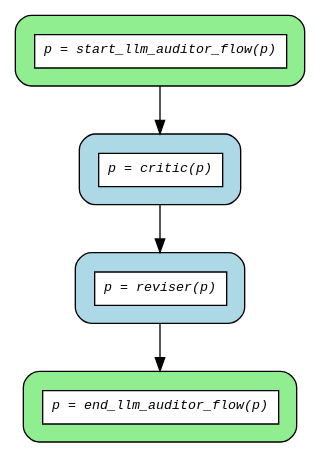
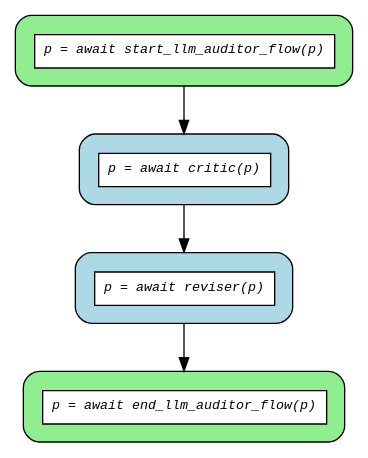
Before and after one commit to deliveryhero/asya: the diagram in examples/flows/compiled/async_sequential/flow.dot, drawn with Graphviz. The commit also changed 10 other files, not shown here.

First line of the commit message:
fix(flow): show await in diagram labels, descriptive errors for unsupported expressions

```diff
--- a/examples/flows/compiled/async_sequential/flow.dot
+++ b/examples/flows/compiled/async_sequential/flow.dot
@@ -1,15 +1,15 @@
 digraph flow {
   rankdir=TB;
   graph [fontname="Courier", fontsize=10];
   node [fontname="Courier", fontsize=10, shape=box, style="filled,rounded", margin="0.2"];
   edge [fontname="Courier", fontsize=10];
 
-  start_llm_auditor_flow [fillcolor="lightgreen", label=<<table border="0" cellspacing="0" cellpadding="6" cellborder="1"><tr><td bgcolor="white" align="center"><i>p = start_llm_auditor_flow(p)</i></td></tr></table>>];
-  end_llm_auditor_flow [fillcolor="lightgreen", label=<<table border="0" cellspacing="0" cellpadding="6" cellborder="1"><tr><td bgcolor="white" align="center"><i>p = end_llm_auditor_flow(p)</i></td></tr></table>>];
-  critic [fillcolor="lightblue", label=<<table border="0" cellspacing="0" cellpadding="6" cellborder="1"><tr><td bgcolor="white" align="center"><i>p = critic(p)</i></td></tr></table>>];
-  reviser [fillcolor="lightblue", label=<<table border="0" cellspacing="0" cellpadding="6" cellborder="1"><tr><td bgcolor="white" align="center"><i>p = reviser(p)</i></td></tr></table>>];
+  start_llm_auditor_flow [fillcolor="lightgreen", label=<<table border="0" cellspacing="0" cellpadding="6" cellborder="1"><tr><td bgcolor="white" align="center"><i>p = await start_llm_auditor_flow(p)</i></td></tr></table>>];
+  end_llm_auditor_flow [fillcolor="lightgreen", label=<<table border="0" cellspacing="0" cellpadding="6" cellborder="1"><tr><td bgcolor="white" align="center"><i>p = await end_llm_auditor_flow(p)</i></td></tr></table>>];
+  critic [fillcolor="lightblue", label=<<table border="0" cellspacing="0" cellpadding="6" cellborder="1"><tr><td bgcolor="white" align="center"><i>p = await critic(p)</i></td></tr></table>>];
+  reviser [fillcolor="lightblue", label=<<table border="0" cellspacing="0" cellpadding="6" cellborder="1"><tr><td bgcolor="white" align="center"><i>p = await reviser(p)</i></td></tr></table>>];
 
   critic -> reviser;
   reviser -> end_llm_auditor_flow;
   start_llm_auditor_flow -> critic;
 }
```
